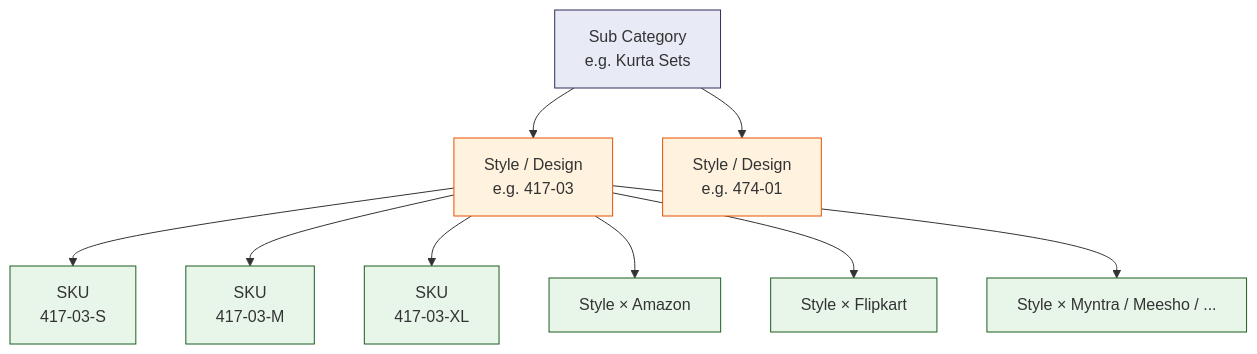
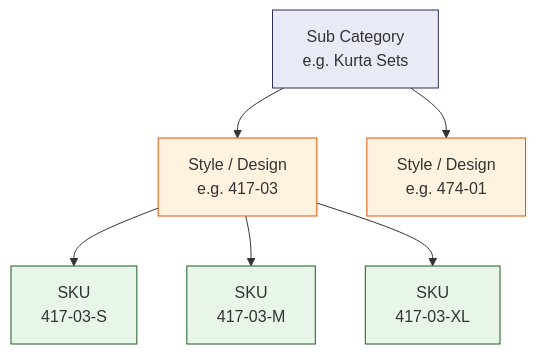
One commit to orlindatabase-lang/Demand-Forecasting changed the first of 27 diagrams in README.md. Above: the diagram before and after it, drawn with Mermaid. The commit also changed other lines of this file and 13 other files, not shown here.

````diff
--- a/README.md
+++ b/README.md
@@ -51,18 +52,15 @@
 ```mermaid
 flowchart TD
     SC["Sub Category<br/>e.g. Kurta Sets"] --> ST1["Style / Design<br/>e.g. 417-03"]
     SC --> ST2["Style / Design<br/>e.g. 474-01"]
     ST1 --> SKU1["SKU<br/>417-03-S"]
     ST1 --> SKU2["SKU<br/>417-03-M"]
     ST1 --> SKU3["SKU<br/>417-03-XL"]
-    ST1 --> CH1["Style × Amazon"]
-    ST1 --> CH2["Style × Flipkart"]
-    ST1 --> CH3["Style × Myntra / Meesho / ..."]
 
     classDef lvl1 fill:#e8eaf6,stroke:#312c5c;
     classDef lvl2 fill:#fff3e0,stroke:#e65100;
     classDef lvl3 fill:#e8f5e9,stroke:#1b5e20;
     class SC lvl1;
     class ST1,ST2 lvl2;
-    class SKU1,SKU2,SKU3,CH1,CH2,CH3 lvl3;
+    class SKU1,SKU2,SKU3 lvl3;
 ```
````
